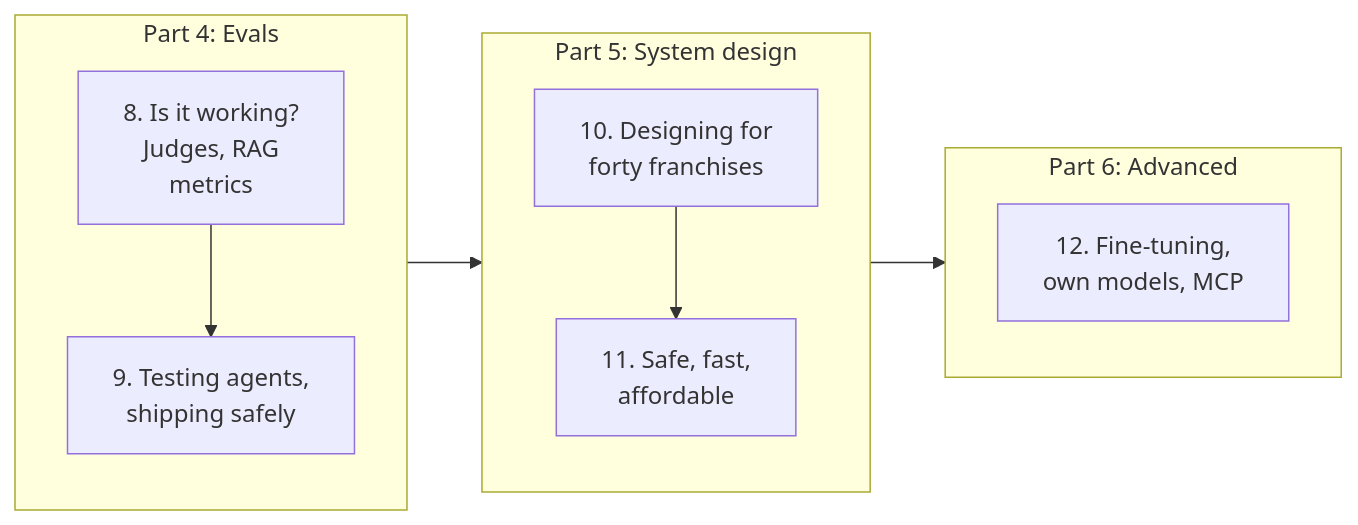
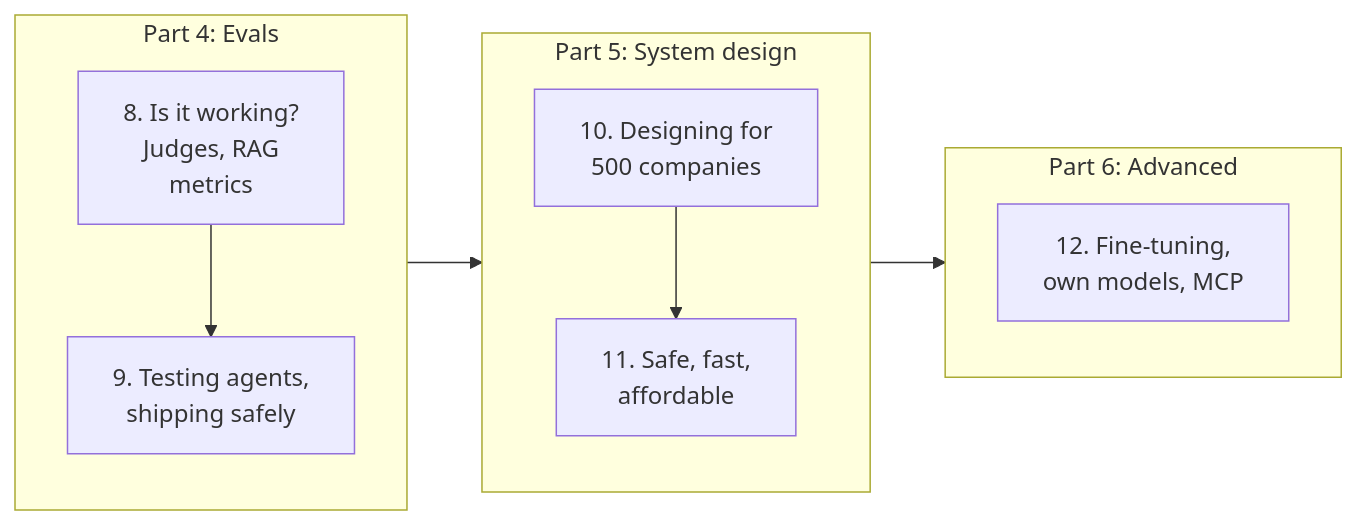
One commit to shubamchaudhary/CodeNITW changed the second of 4 diagrams in src/Data/aiStackDocs/AIE-02.md. Above: the diagram before and after it, drawn with Mermaid. The commit also changed other lines of this file and 32 other files, not shown here.

````diff
--- a/src/Data/aiStackDocs/AIE-02.md
+++ b/src/Data/aiStackDocs/AIE-02.md
@@ -38,16 +39,16 @@
 ```mermaid
 flowchart LR
     subgraph P4["Part 4: Evals"]
         direction TB
         C8["8. Is it working?<br/>Judges, RAG<br/>metrics"] --> C9["9. Testing agents,<br/>shipping safely"]
     end
     subgraph P5["Part 5: System design"]
         direction TB
-        C10["10. Designing for<br/>forty franchises"] --> C11["11. Safe, fast,<br/>affordable"]
+        C10["10. Designing for<br/>500 companies"] --> C11["11. Safe, fast,<br/>affordable"]
     end
     subgraph P6["Part 6: Advanced"]
         direction TB
         C12["12. Fine-tuning,<br/>own models, MCP"]
     end
     P4 --> P5 --> P6
 ```
````
